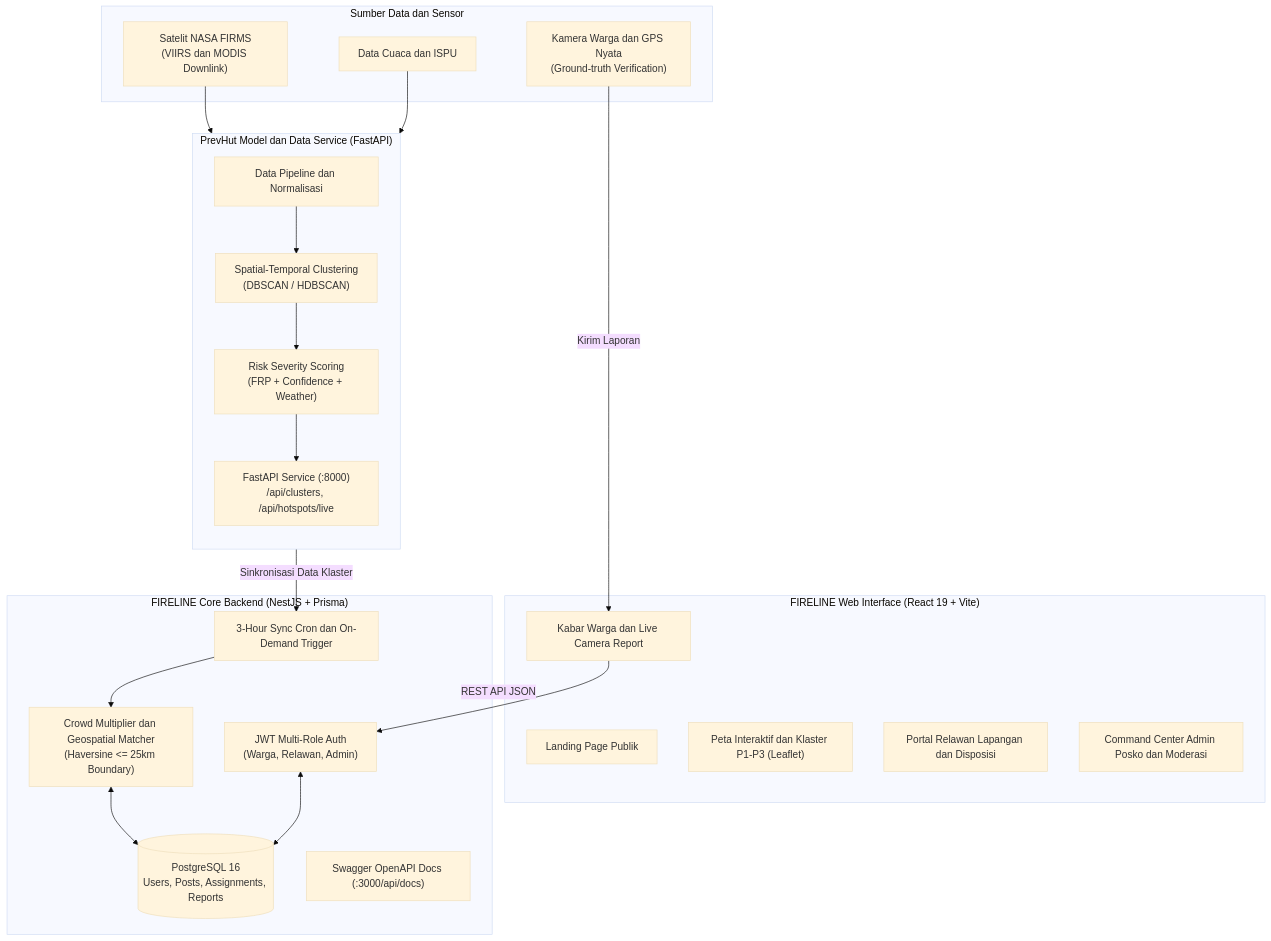
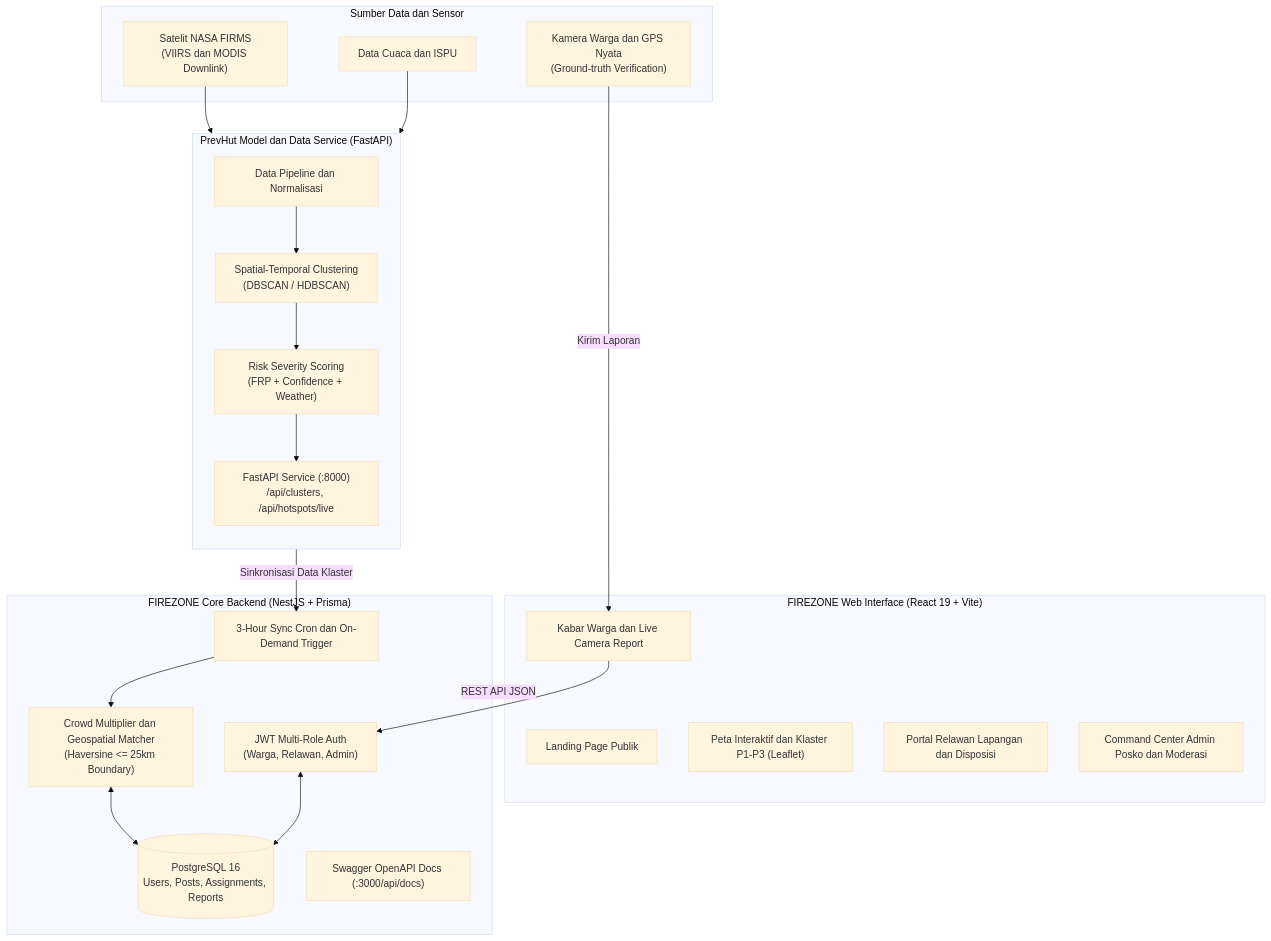
One commit to onyourjie/prevhut_web changed the diagram in README.md. Above: the diagram before and after it, drawn with Mermaid (base theme). The commit also changed other lines of this file and 2 other files, not shown here.

Commit message:
refactor: rename project from to FIREZONE across documentation

````diff
--- a/README.md
+++ b/README.md
@@ -45,43 +45,43 @@
 ```mermaid
 flowchart TD
     subgraph DataSources["Sumber Data dan Sensor"]
         NASA["Satelit NASA FIRMS<br/>(VIIRS dan MODIS Downlink)"]
         BMKG["Data Cuaca dan ISPU"]
         CitizenCam["Kamera Warga dan GPS Nyata<br/>(Ground-truth Verification)"]
     end
 
     subgraph PrevHutModel["PrevHut Model dan Data Service (FastAPI)"]
         direction TB
         Ingest["Data Pipeline dan Normalisasi"]
         Cluster["Spatial-Temporal Clustering<br/>(DBSCAN / HDBSCAN)"]
         RiskScore["Risk Severity Scoring<br/>(FRP + Confidence + Weather)"]
         APIPrev["FastAPI Service (:8000)<br/>/api/clusters, /api/hotspots/live"]
         Ingest --> Cluster --> RiskScore --> APIPrev
     end
 
-    subgraph CoreBackend["FIRELINE Core Backend (NestJS + Prisma)"]
+    subgraph CoreBackend["FIREZONE Core Backend (NestJS + Prisma)"]
         SyncCron["3-Hour Sync Cron dan On-Demand Trigger"]
         Enrichment["Crowd Multiplier dan Geospatial Matcher<br/>(Haversine <= 25km Boundary)"]
         DB[(PostgreSQL 16<br/>Users, Posts, Assignments, Reports)]
         AuthService["JWT Multi-Role Auth<br/>(Warga, Relawan, Admin)"]
         Swagger["Swagger OpenAPI Docs (:3000/api/docs)"]
     end
 
-    subgraph FrontendWeb["FIRELINE Web Interface (React 19 + Vite)"]
+    subgraph FrontendWeb["FIREZONE Web Interface (React 19 + Vite)"]
         Landing["Landing Page Publik"]
         MapInter["Peta Interaktif dan Klaster P1-P3 (Leaflet)"]
         CommunityFeed["Kabar Warga dan Live Camera Report"]
         VolunteerPortal["Portal Relawan Lapangan dan Disposisi"]
         AdminPosko["Command Center Admin Posko dan Moderasi"]
     end
 
     NASA --> Ingest
     BMKG --> Ingest
     APIPrev -->|Sinkronisasi Data Klaster| SyncCron
     SyncCron --> Enrichment
     Enrichment <--> DB
     CitizenCam -->|Kirim Laporan| CommunityFeed
     CommunityFeed --> AuthService
     AuthService <--> DB
     CoreBackend <-->|REST API JSON| FrontendWeb
 ```
````
